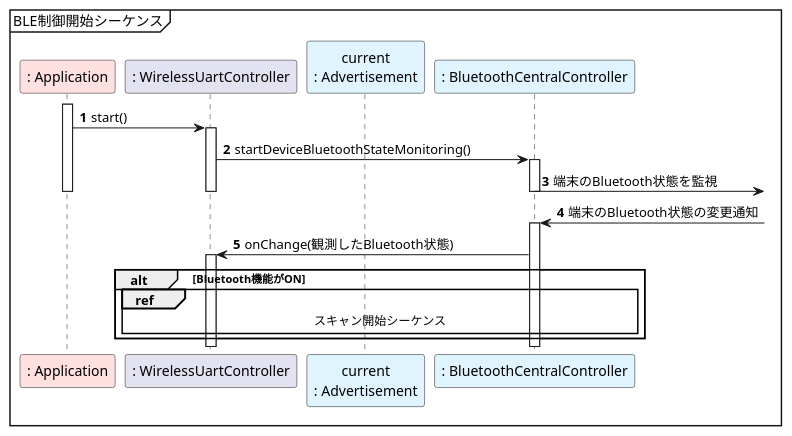
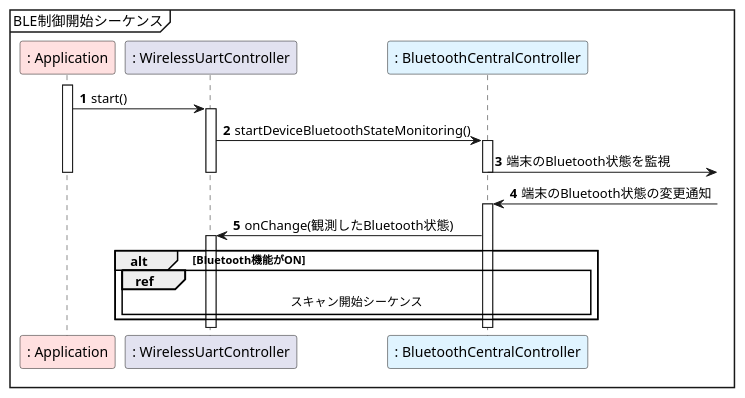
Before and after one commit to musen-connect-inc/linble-sample-wireless-uart: the third of 16 diagrams in plantuml.md, drawn with PlantUML.

Commit message:
BLE制御開始シーケンス図に不要なオブジェクトのライフラインがあったのを修正

````diff
--- a/plantuml.md
+++ b/plantuml.md
@@ -69,39 +69,38 @@
 ```plantuml
 @startuml sequence_start
 
 mainframe BLE制御開始シーケンス
 
 participant ": Application" as Application #ffe0e0
 participant ": WirelessUartController" as WirelessUartController
-participant "current\n: Advertisement" as Advertisement #e0f4ff
 participant ": BluetoothCentralController" as BluetoothCentralController #e0f4ff
 
 autonumber
 
 activate Application
 Application -> WirelessUartController: start()
 
 activate WirelessUartController
 
 WirelessUartController -> BluetoothCentralController: startDeviceBluetoothStateMonitoring()
 activate BluetoothCentralController
 
 BluetoothCentralController ->]: 端末のBluetooth状態を監視
 deactivate BluetoothCentralController
 deactivate WirelessUartController
 deactivate Application
 
 BluetoothCentralController <-]: 端末のBluetooth状態の変更通知
 activate BluetoothCentralController
 
 BluetoothCentralController -> WirelessUartController: onChange(観測したBluetooth状態)
 activate WirelessUartController
 
 alt Bluetooth機能がON
 
 ref over WirelessUartController, BluetoothCentralController: スキャン開始シーケンス
 
 end
 
 @enduml
 ```
````
